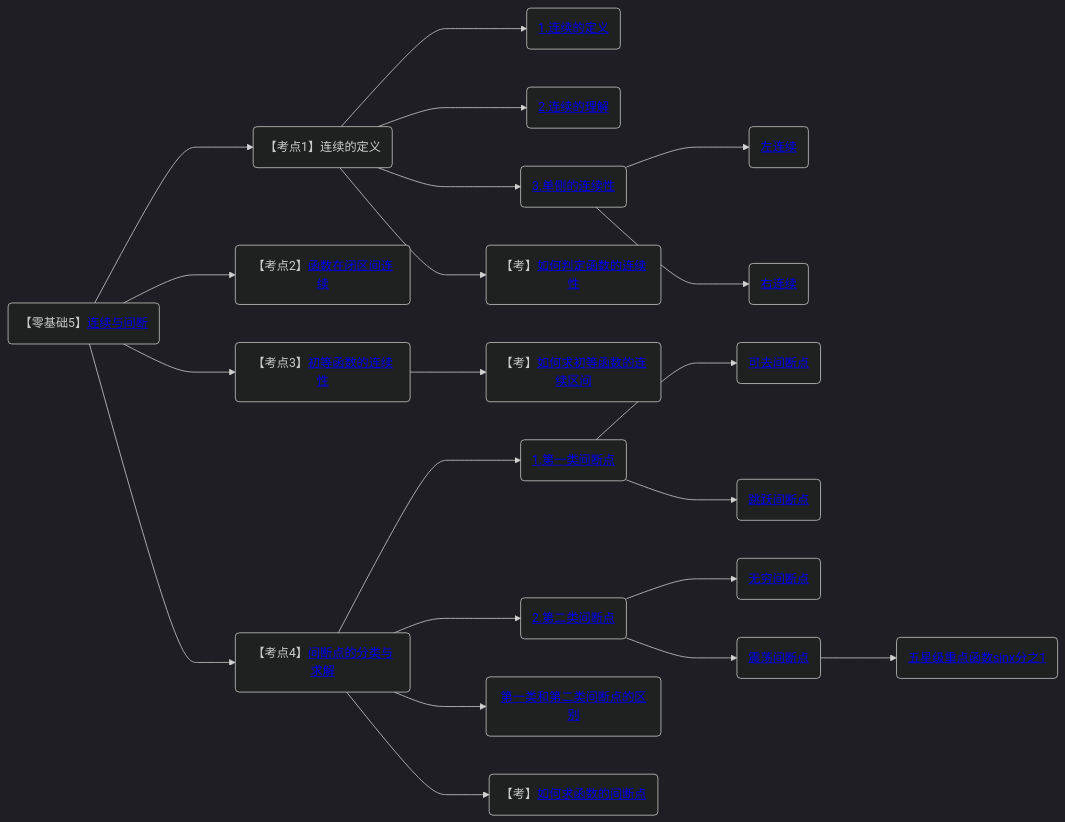
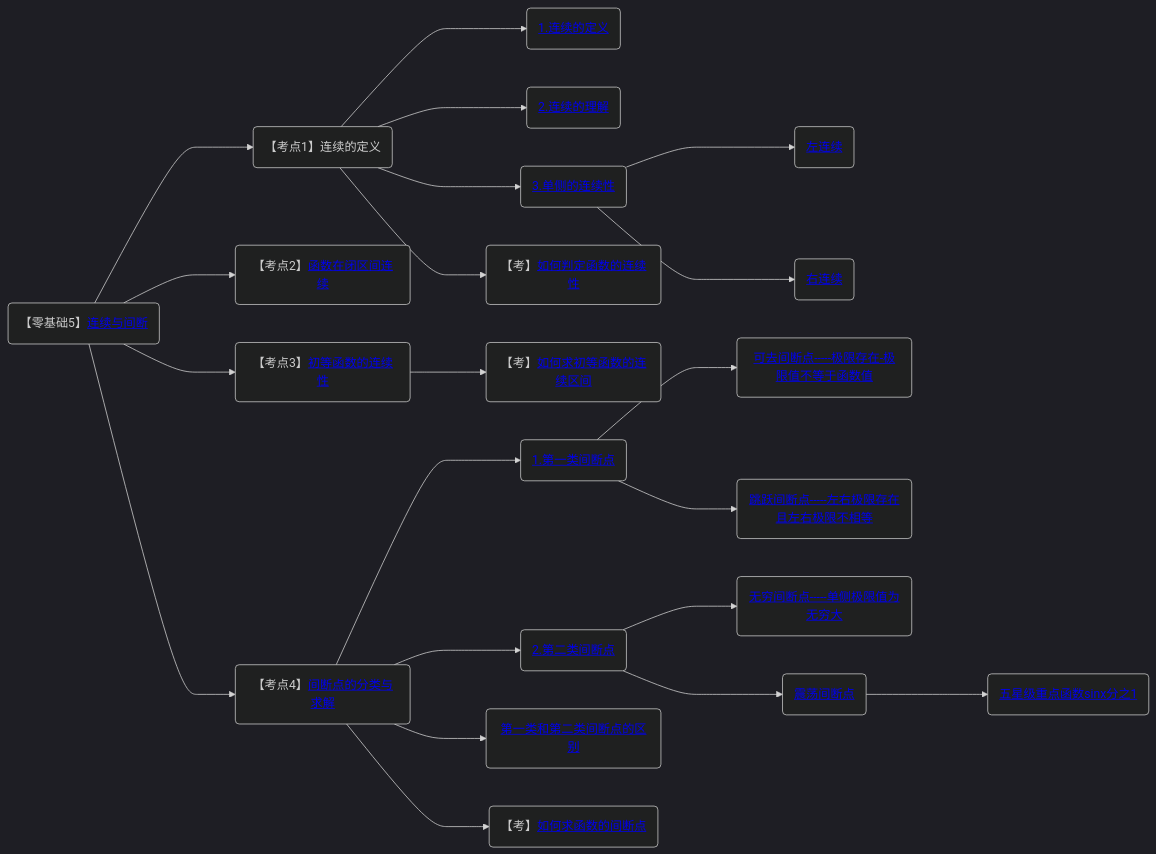
Before and after one commit to yuebinghui/note: the fifth of 10 diagrams in 笔记/数学/周洋鑫/00.框架.md, drawn with Mermaid (dark theme). The commit also changed 2 other files, not shown here.

Commit message:
Wed Sep 18 09:40:01 CST 2024

````diff
--- a/笔记/数学/周洋鑫/00.框架.md
+++ b/笔记/数学/周洋鑫/00.框架.md
@@ -247,33 +247,33 @@
 ```mermaid
 graph LR
 连续与间断(【零基础5】<a href="/Users/yuebinghui/Documents/program/github/note/笔记/数学/周洋鑫/09.2.零基础核心考点精讲8-1.md#连续与间断">连续与间断</>)
 
 
 连续与间断--->连续的定义(【考点1】连续的定义)
 连续的定义--->1.连续的定义(<a href="/Users/yuebinghui/Documents/program/github/note/笔记/数学/周洋鑫/09.2.零基础核心考点精讲8-1.md#1.连续的定义">1.连续的定义</>)
 连续的定义--->2.连续的理解(<a href="/Users/yuebinghui/Documents/program/github/note/笔记/数学/周洋鑫/09.2.零基础核心考点精讲8-1.md#2.连续的理解">2.连续的理解</>)
 连续的定义--->3.单侧的连续性(<a href="/Users/yuebinghui/Documents/program/github/note/笔记/数学/周洋鑫/09.2.零基础核心考点精讲8-1.md#3.单侧的连续性">3.单侧的连续性</>)
 3.单侧的连续性--->左连续(<a href="/Users/yuebinghui/Documents/program/github/note/笔记/数学/周洋鑫/09.2.零基础核心考点精讲8-1.md#左连续">左连续</>)
 3.单侧的连续性--->右连续(<a href="/Users/yuebinghui/Documents/program/github/note/笔记/数学/周洋鑫/09.2.零基础核心考点精讲8-1.md#右连续">右连续</>)
 连续的定义--->如何判定函数的连续性(【考】<a href="/Users/yuebinghui/Documents/program/github/note/笔记/数学/周洋鑫/09.2.零基础核心考点精讲8-1.md#如何判定函数的连续性">如何判定函数的连续性</>)
 
 
 连续与间断--->函数在闭区间连续(【考点2】<a href="/Users/yuebinghui/Documents/program/github/note/笔记/数学/周洋鑫/09.2.零基础核心考点精讲8-1.md#函数在闭区间连续">函数在闭区间连续</>)
 
 
 连续与间断--->初等函数的连续性(【考点3】<a href="/Users/yuebinghui/Documents/program/github/note/笔记/数学/周洋鑫/09.2.零基础核心考点精讲8-1.md#初等函数的连续性">初等函数的连续性</>)
 初等函数的连续性--->如何求初等函数的连续区间(【考】<a href="/Users/yuebinghui/Documents/program/github/note/笔记/数学/周洋鑫/09.2.零基础核心考点精讲8-1.md#如何求初等函数的连续区间">如何求初等函数的连续区间</>)
 
 
 连续与间断--->间断点的分类与求解(【考点4】<a href="/Users/yuebinghui/Documents/program/github/note/笔记/数学/周洋鑫/09.2.零基础核心考点精讲8-1.md#间断点的分类与求解">间断点的分类与求解</>)
 间断点的分类与求解--->1.第一类间断点(<a href="/Users/yuebinghui/Documents/program/github/note/笔记/数学/周洋鑫/09.2.零基础核心考点精讲8-1.md#1.第一类间断点">1.第一类间断点</>)
-1.第一类间断点--->可去间断点(<a href="/Users/yuebinghui/Documents/program/github/note/笔记/数学/周洋鑫/09.2.零基础核心考点精讲8-1.md#可去间断点">可去间断点</>)
-1.第一类间断点--->跳跃间断点(<a href="/Users/yuebinghui/Documents/program/github/note/笔记/数学/周洋鑫/09.2.零基础核心考点精讲8-1.md#跳跃间断点">跳跃间断点</>)
+1.第一类间断点--->可去间断点(<a href="/Users/yuebinghui/Documents/program/github/note/笔记/数学/周洋鑫/09.2.零基础核心考点精讲8-1.md#可去间断点">可去间断点</>-----极限存在-极限值不等于函数值)
+1.第一类间断点--->跳跃间断点(<a href="/Users/yuebinghui/Documents/program/github/note/笔记/数学/周洋鑫/09.2.零基础核心考点精讲8-1.md#跳跃间断点">跳跃间断点</>-----左右极限存在且左右极限不相等)
 间断点的分类与求解--->2.第二类间断点(<a href="/Users/yuebinghui/Documents/program/github/note/笔记/数学/周洋鑫/09.2.零基础核心考点精讲8-1.md#2.第二类间断点">2.第二类间断点</>)
-2.第二类间断点--->无穷间断点(<a href="/Users/yuebinghui/Documents/program/github/note/笔记/数学/周洋鑫/09.2.零基础核心考点精讲8-1.md#无穷间断点">无穷间断点</>)
+2.第二类间断点--->无穷间断点(<a href="/Users/yuebinghui/Documents/program/github/note/笔记/数学/周洋鑫/09.2.零基础核心考点精讲8-1.md#无穷间断点">无穷间断点</>-----单侧极限值为无穷大)
 2.第二类间断点--->震荡间断点(<a href="/Users/yuebinghui/Documents/program/github/note/笔记/数学/周洋鑫/09.2.零基础核心考点精讲8-1.md#震荡间断点">震荡间断点</>)
 震荡间断点--->五星级重点函数sinx分之1(<a href="/Users/yuebinghui/Documents/program/github/note/笔记/数学/周洋鑫/09.2.零基础核心考点精讲8-1.md#五星级重点函数sinx分之1">五星级重点函数sinx分之1</>)
 间断点的分类与求解--->第一类和第二类间断点的区别(<a href="/Users/yuebinghui/Documents/program/github/note/笔记/数学/周洋鑫/09.2.零基础核心考点精讲8-1.md#第一类和第二类间断点的区别">第一类和第二类间断点的区别</>)
 间断点的分类与求解--->如何求函数的间断点(【考】<a href="/Users/yuebinghui/Documents/program/github/note/笔记/数学/周洋鑫/09.2.零基础核心考点精讲8-1.md#如何求函数的间断点">如何求函数的间断点</>)
 
 ```
````
